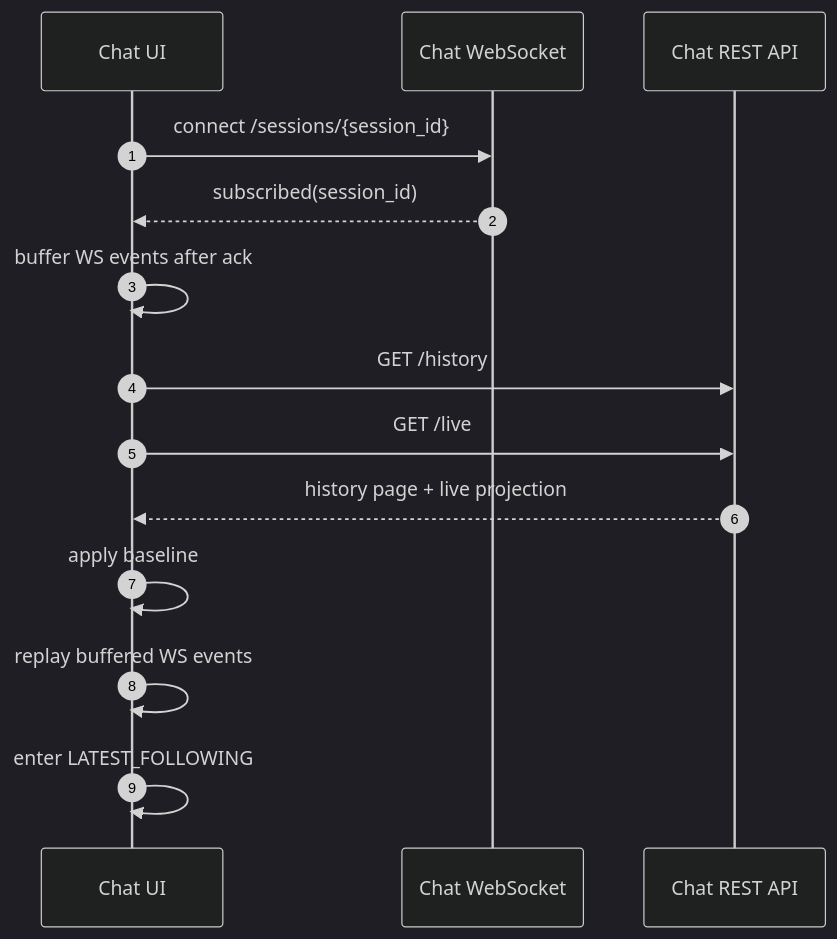
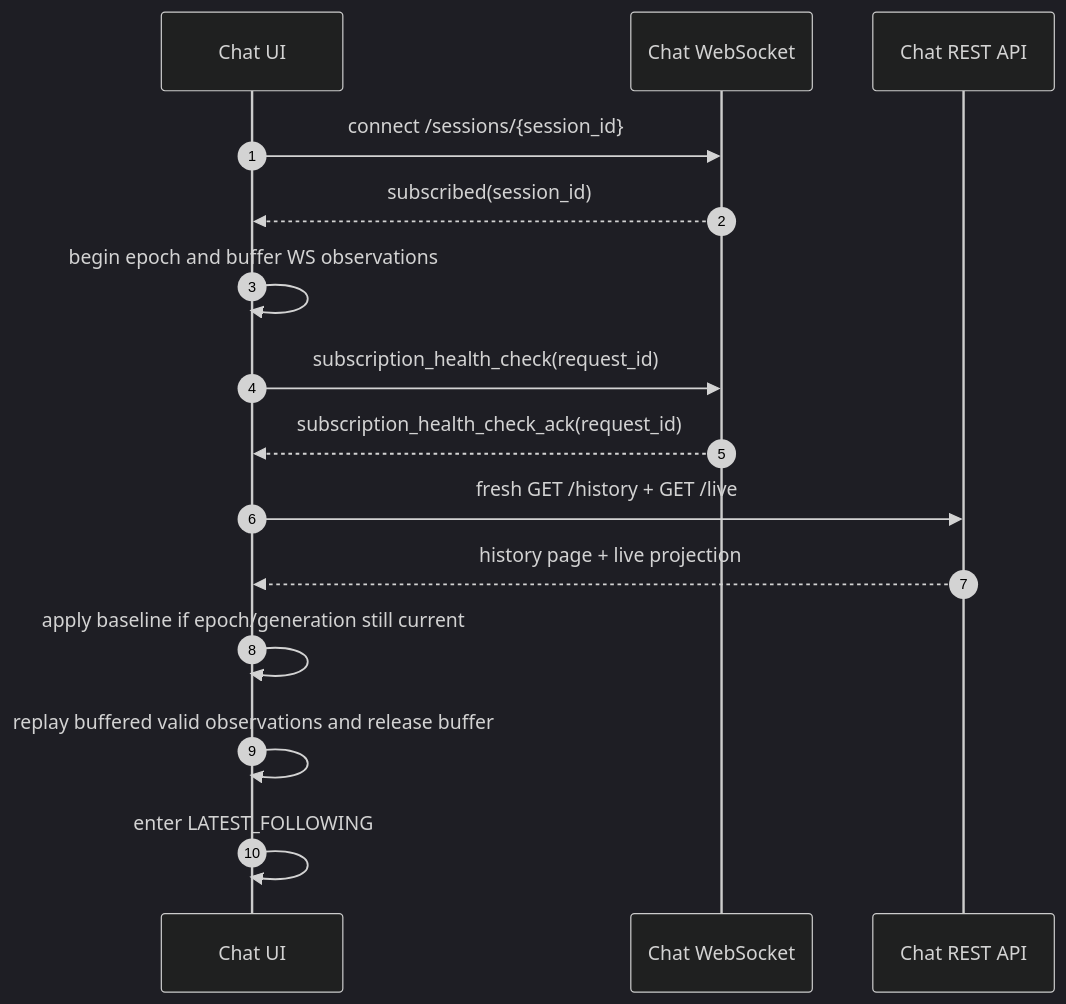
The diagram in docs/azents/spec/flow/chat-session-resync.md (azents/azents), drawn with Mermaid (dark theme) before and after one commit. The commit also changed other lines of this file and 4 other files, not shown here.

Commit message:
docs(chat): promote timeline reliability spec

````diff
--- a/docs/azents/spec/flow/chat-session-resync.md
+++ b/docs/azents/spec/flow/chat-session-resync.md
@@ -44,17 +44,18 @@
 ```mermaid
 sequenceDiagram
     autonumber
     participant UI as Chat UI
     participant WS as Chat WebSocket
     participant API as Chat REST API
 
     UI->>WS: connect /sessions/{session_id}
     WS-->>UI: subscribed(session_id)
-    UI->>UI: buffer WS events after ack
-    UI->>API: GET /history
-    UI->>API: GET /live
+    UI->>UI: begin epoch and buffer WS observations
+    UI->>WS: subscription_health_check(request_id)
+    WS-->>UI: subscription_health_check_ack(request_id)
+    UI->>API: fresh GET /history + GET /live
     API-->>UI: history page + live projection
-    UI->>UI: apply baseline
-    UI->>UI: replay buffered WS events
+    UI->>UI: apply baseline if epoch/generation still current
+    UI->>UI: replay buffered valid observations and release buffer
     UI->>UI: enter LATEST_FOLLOWING
 ```
````
